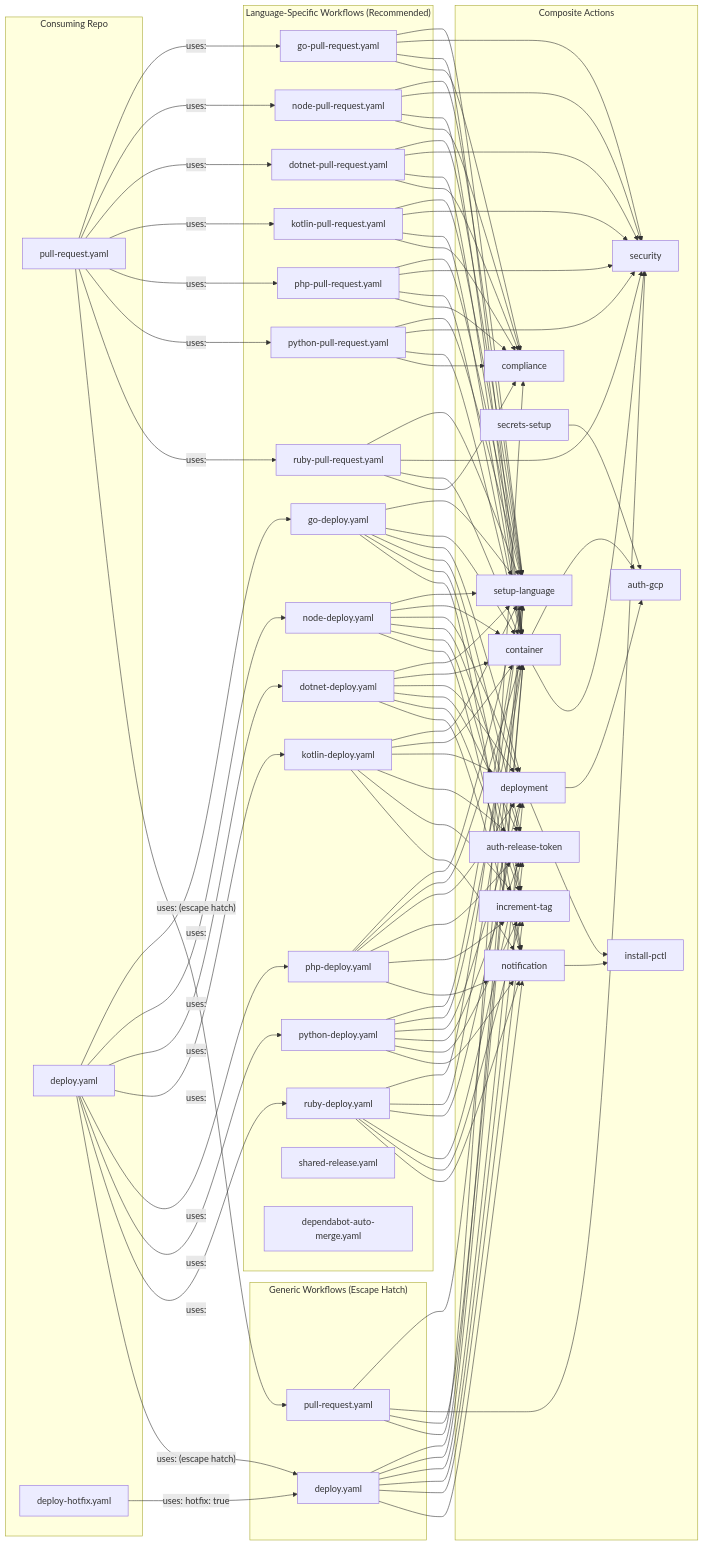
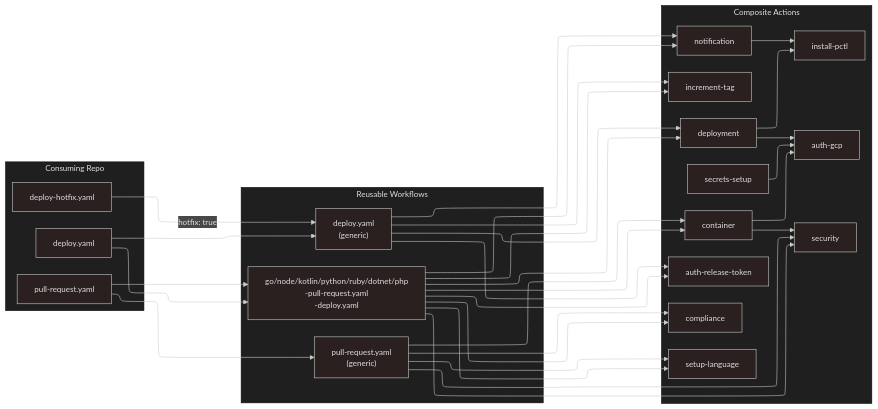
One commit to credova/platform-workflows changed the first of 8 diagrams in docs/usage.md. Above: the diagram before and after it, drawn with Mermaid. The commit also changed other lines of this file and 3 other files, not shown here.

````diff
--- a/docs/usage.md
+++ b/docs/usage.md
@@ -681,61 +681,44 @@
 ```mermaid
+---
+config:
+  layout: elk
+  theme: neo-dark
+---
 graph LR
     subgraph "Consuming Repo"
         PR["pull-request.yaml"]
         DEP["deploy.yaml"]
         HOT["deploy-hotfix.yaml"]
     end
 
-    subgraph "Language-Specific Workflows (Recommended)"
-        GOPR["go-pull-request.yaml"]
-        GODP["go-deploy.yaml"]
-        NODEPR["node-pull-request.yaml"]
-        NODEDP["node-deploy.yaml"]
-        NETPR["dotnet-pull-request.yaml"]
-        NETDP["dotnet-deploy.yaml"]
-        KTPR["kotlin-pull-request.yaml"]
-        KTDP["kotlin-deploy.yaml"]
-        PHPPR["php-pull-request.yaml"]
-        PHPDP["php-deploy.yaml"]
-        PYPR["python-pull-request.yaml"]
-        PYDP["python-deploy.yaml"]
-        RBPR["ruby-pull-request.yaml"]
-        RBDP["ruby-deploy.yaml"]
-        SR["shared-release.yaml"]
-        DAM["dependabot-auto-merge.yaml"]
-    end
-
-    subgraph "Generic Workflows (Escape Hatch)"
-        PRW["pull-request.yaml"]
-        DW["deploy.yaml"]
+    subgraph "Reusable Workflows"
+        LSW["go/node/kotlin/python/ruby/dotnet/php\n-pull-request.yaml\n-deploy.yaml"]
+        PRW["pull-request.yaml\n(generic)"]
+        DW["deploy.yaml\n(generic)"]
     end
 
     subgraph "Composite Actions"
         SL["setup-language"]
         SEC["security"]
         CTR["container"]
         CMP["compliance"]
         DPL["deployment"]
         AG["auth-gcp"]
         ART["auth-release-token"]
         IT["increment-tag"]
         IP["install-pctl"]
         NTF["notification"]
         SS["secrets-setup"]
     end
 
-    PR -->|"uses:"| GOPR & NODEPR & NETPR & KTPR & PHPPR & PYPR & RBPR
-    PR -->|"uses: (escape hatch)"| PRW
-    DEP -->|"uses:"| GODP & NODEDP & NETDP & KTDP & PHPDP & PYDP & RBDP
-    DEP -->|"uses: (escape hatch)"| DW
-    HOT -->|"uses: hotfix: true"| DW
+    PR --> LSW & PRW
+    DEP --> LSW & DW
+    HOT -->|"hotfix: true"| DW
 
-    GOPR & NODEPR & NETPR & KTPR & PHPPR & PYPR & RBPR --> SL & SEC & CTR & CMP
-    GODP & NODEDP & NETDP & KTDP & PHPDP & PYDP & RBDP --> SL & CTR & DPL & ART & IT & NTF
-    PRW --> SL & SEC & CTR & CMP
-    DW --> SL & CTR & DPL & ART & IT & NTF
+    LSW & PRW --> SL & SEC & CTR & CMP
+    LSW & DW --> DPL & ART & IT & NTF
     CTR --> AG & SEC
     DPL --> AG & IP
     NTF --> IP
     SS --> AG
 ```
````
